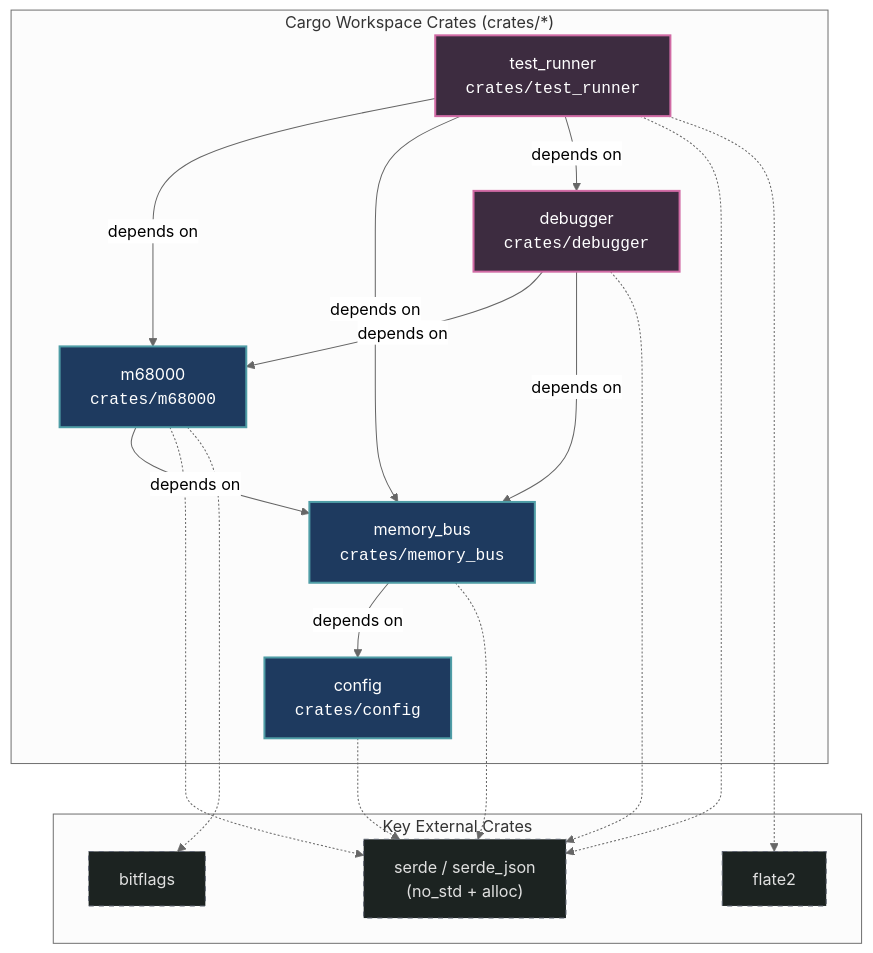
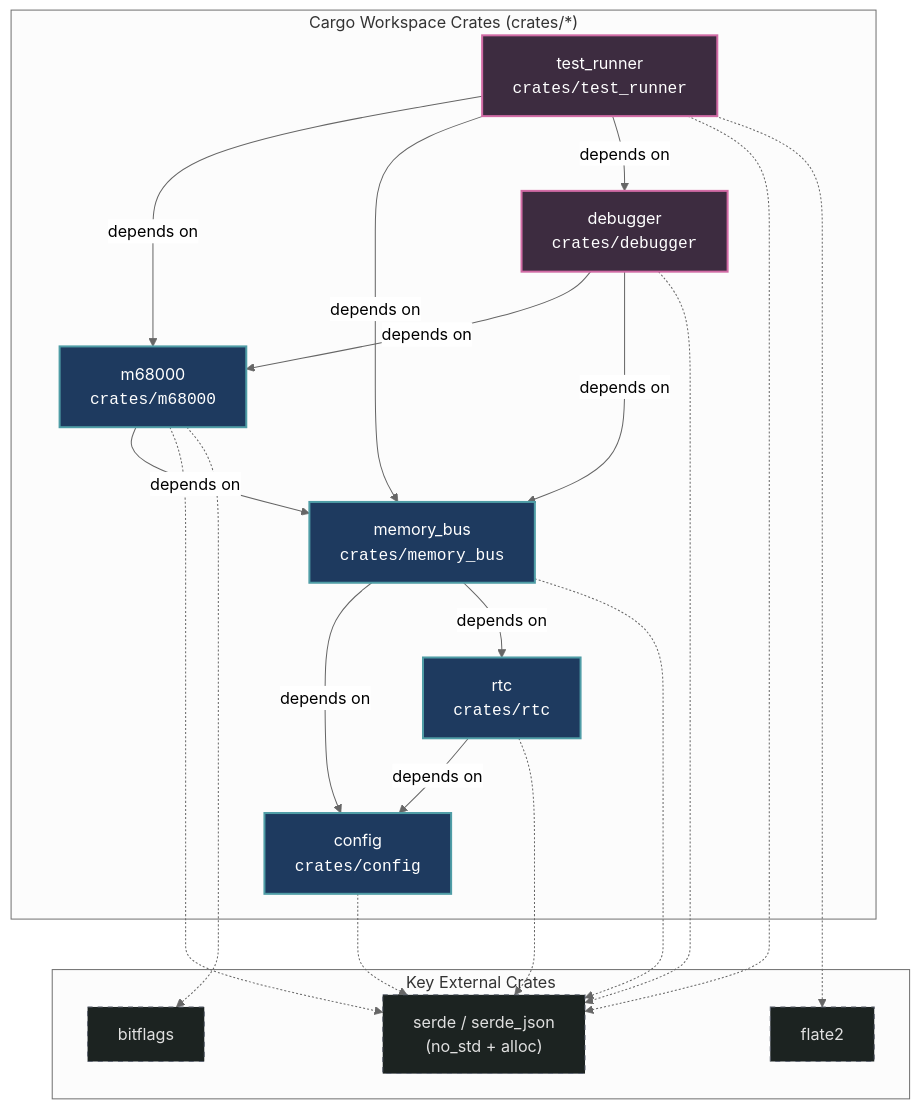
The second of 2 diagrams in Obsidian/Amiga/Design/General Architecture.md (tomek-anuszkiewicz/amiga-studio), drawn with Mermaid (neutral theme) before and after one commit. The commit also changed other lines of this file and 6 other files, not shown here.

Commit message:
feat: implement foundational memory bus and RTC crates with architectural documentation

````diff
--- a/Obsidian/Amiga/Design/General Architecture.md
+++ b/Obsidian/Amiga/Design/General Architecture.md
@@ -37,38 +37,42 @@
 ```mermaid
 graph TD
     classDef core fill:#1e3a5f,stroke:#4f9da6,stroke-width:2px,color:#ffffff;
     classDef tool fill:#3d2c40,stroke:#d16ba5,stroke-width:2px,color:#ffffff;
     classDef ext fill:#1c2321,stroke:#5e6472,stroke-width:1px,stroke-dasharray: 5 5,color:#e0e0e0;
 
     subgraph WorkspaceCrates["Cargo Workspace Crates (crates/*)"]
         CFG["config<br/><code>crates/config</code>"]:::core
+        RTC["rtc<br/><code>crates/rtc</code>"]:::core
         MEM["memory_bus<br/><code>crates/memory_bus</code>"]:::core
         CPU["m68000<br/><code>crates/m68000</code>"]:::core
         DBG["debugger<br/><code>crates/debugger</code>"]:::tool
         TR["test_runner<br/><code>crates/test_runner</code>"]:::tool
     end
 
     subgraph ExternalDeps["Key External Crates"]
         SERDE["serde / serde_json<br/>(no_std + alloc)"]:::ext
         BF["bitflags"]:::ext
         GZ["flate2"]:::ext
     end
 
     %% Internal Dependencies
+    RTC -->|depends on| CFG
     MEM -->|depends on| CFG
+    MEM -->|depends on| RTC
     CPU -->|depends on| MEM
     DBG -->|depends on| CPU
     DBG -->|depends on| MEM
     TR -->|depends on| CPU
     TR -->|depends on| MEM
     TR -->|depends on| DBG
 
     %% External Dependencies
     CFG -.-> SERDE
+    RTC -.-> SERDE
     MEM -.-> SERDE
     CPU -.-> SERDE
     CPU -.-> BF
     DBG -.-> SERDE
     TR -.-> SERDE
     TR -.-> GZ
 ```
````
